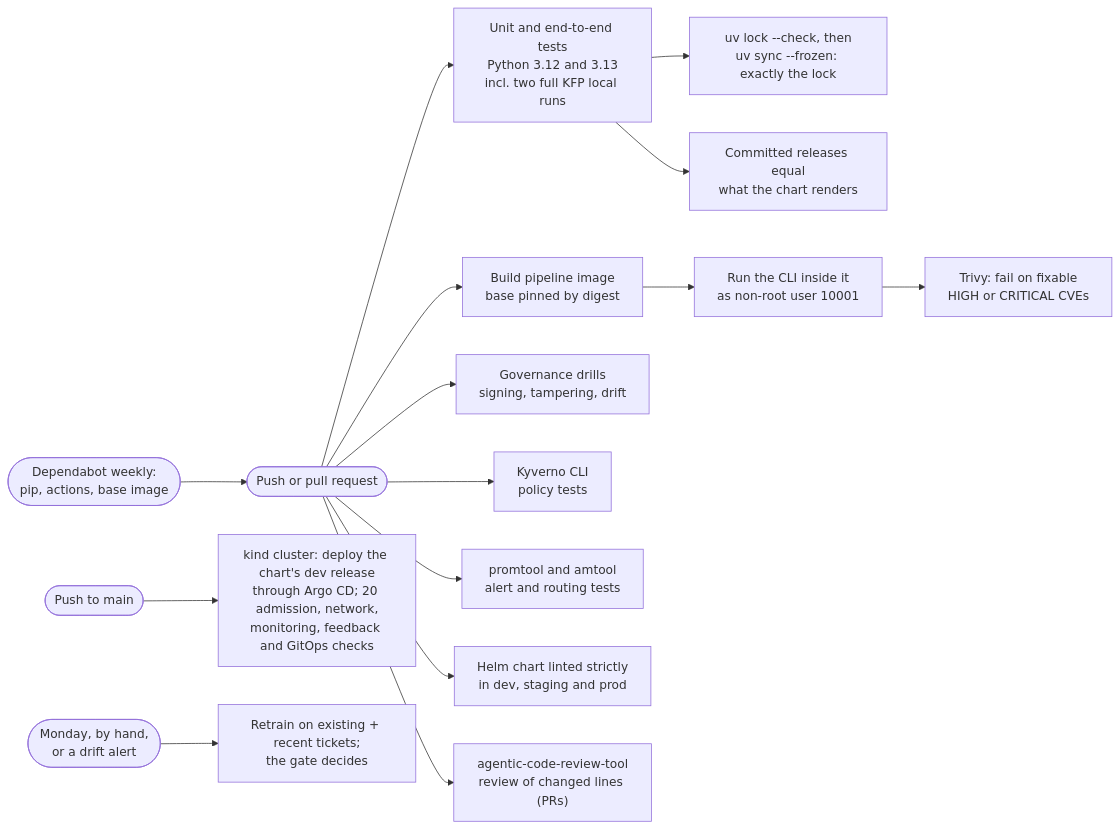
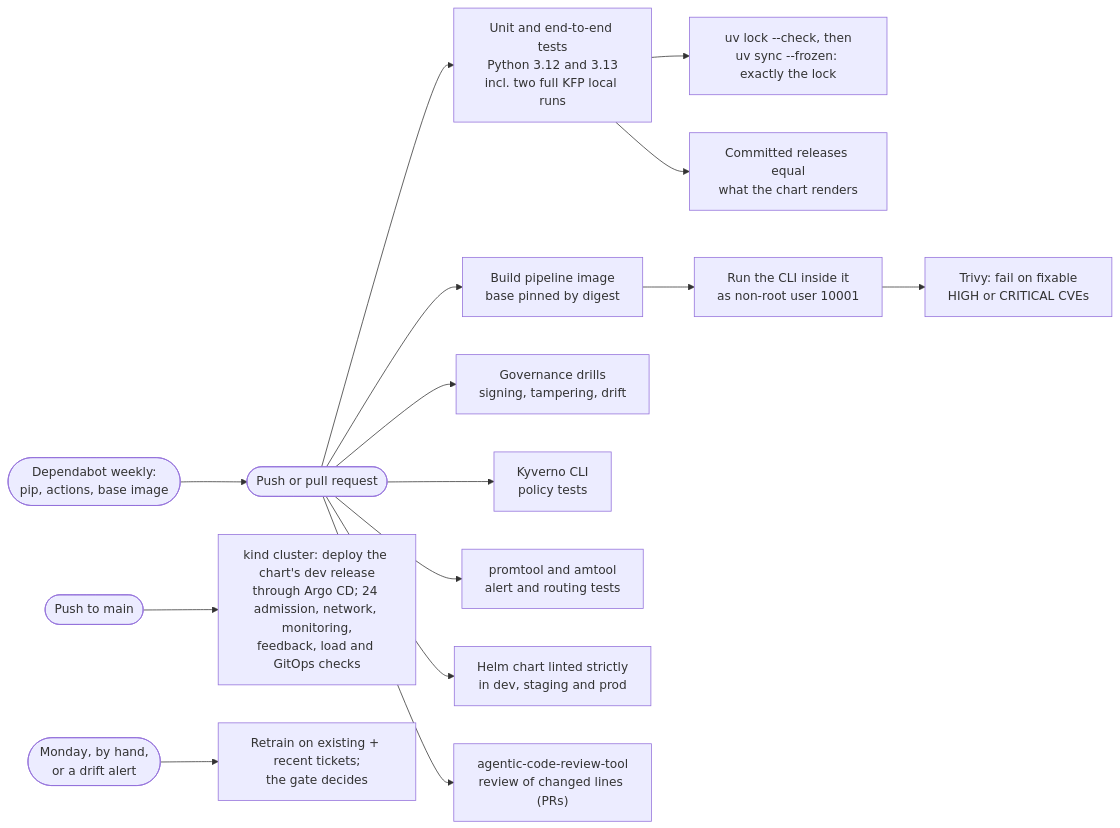
Before and after one commit to sunilmehta-si/kubernetes-secure-mlops-pipeline: the sixth of 6 diagrams in docs/architecture.md, drawn with Mermaid.

Commit message:
CI diagram: twenty-four cluster checks, load among them

````diff
--- a/docs/architecture.md
+++ b/docs/architecture.md
@@ -179,17 +179,17 @@
 ```mermaid
 flowchart LR
     PR(["Push or pull request"]) --> T["Unit and end-to-end tests<br/>Python 3.12 and 3.13<br/>incl. two full KFP local runs"]
     T --> L["uv lock --check, then<br/>uv sync --frozen: exactly the lock"]
     PR --> I["Build pipeline image<br/>base pinned by digest"]
     I --> U["Run the CLI inside it<br/>as non-root user 10001"]
     U --> V["Trivy: fail on fixable<br/>HIGH or CRITICAL CVEs"]
     PR --> D["Governance drills<br/>signing, tampering, drift"]
     PR --> P["Kyverno CLI<br/>policy tests"]
     PR --> A["promtool and amtool<br/>alert and routing tests"]
     PR --> H["Helm chart linted strictly<br/>in dev, staging and prod"]
     T --> RR["Committed releases equal<br/>what the chart renders"]
     PR --> C["agentic-code-review-tool<br/>review of changed lines (PRs)"]
-    M(["Push to main"]) --> K["kind cluster: deploy the chart's dev release<br/>through Argo CD; 20 admission, network,<br/>monitoring, feedback and GitOps checks"]
+    M(["Push to main"]) --> K["kind cluster: deploy the chart's dev release<br/>through Argo CD; 24 admission, network, monitoring,<br/>feedback, load and GitOps checks"]
     S(["Monday, by hand,<br/>or a drift alert"]) --> R["Retrain on existing + recent tickets;<br/>the gate decides"]
     DB(["Dependabot weekly:<br/>pip, actions, base image"]) --> PR
 ```
````
